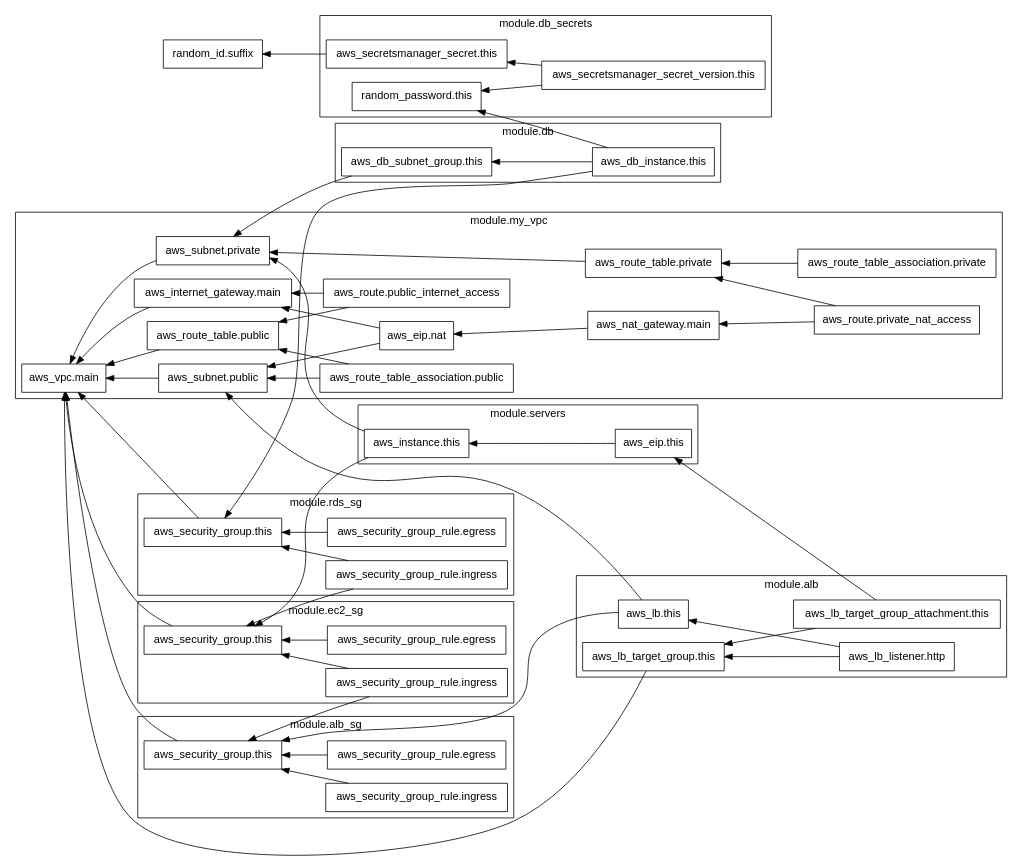
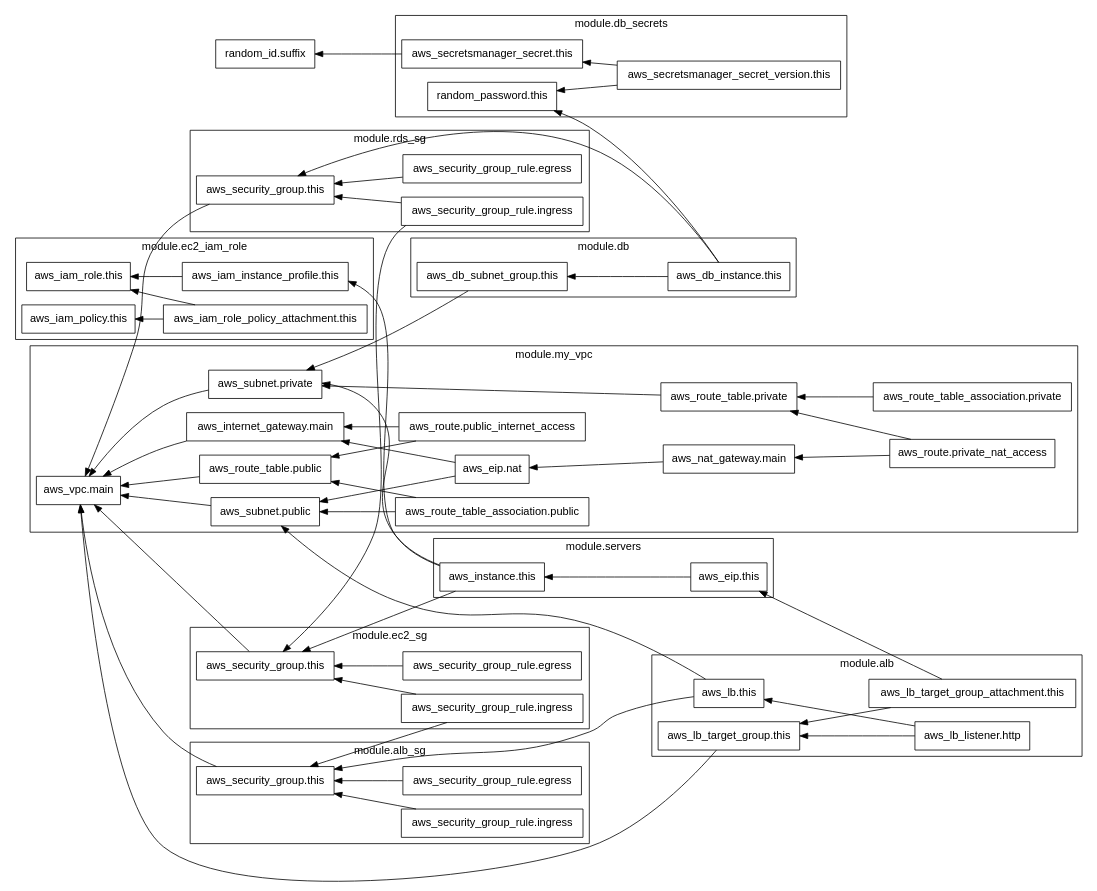
Before and after one commit to ManoharBarma/Terraform: the diagram in app1/graph.dot, drawn with Graphviz. The commit also changed 10 other files, not shown here.

```diff
--- a/app1/graph.dot
+++ b/app1/graph.dot
@@ -1,112 +1,124 @@
 digraph G {
   rankdir = "RL";
   node [shape = rect, fontname = "sans-serif"];
   "random_id.suffix" [label="random_id.suffix"];
   subgraph "cluster_module.alb" {
     label = "module.alb"
     fontname = "sans-serif"
     "module.alb.aws_lb.this" [label="aws_lb.this"];
     "module.alb.aws_lb_listener.http" [label="aws_lb_listener.http"];
     "module.alb.aws_lb_target_group.this" [label="aws_lb_target_group.this"];
     "module.alb.aws_lb_target_group_attachment.this" [label="aws_lb_target_group_attachment.this"];
   }
   subgraph "cluster_module.alb_sg" {
     label = "module.alb_sg"
     fontname = "sans-serif"
     "module.alb_sg.aws_security_group.this" [label="aws_security_group.this"];
     "module.alb_sg.aws_security_group_rule.egress" [label="aws_security_group_rule.egress"];
     "module.alb_sg.aws_security_group_rule.ingress" [label="aws_security_group_rule.ingress"];
   }
   subgraph "cluster_module.db" {
     label = "module.db"
     fontname = "sans-serif"
     "module.db.aws_db_instance.this" [label="aws_db_instance.this"];
     "module.db.aws_db_subnet_group.this" [label="aws_db_subnet_group.this"];
   }
   subgraph "cluster_module.db_secrets" {
     label = "module.db_secrets"
     fontname = "sans-serif"
     "module.db_secrets.aws_secretsmanager_secret.this" [label="aws_secretsmanager_secret.this"];
     "module.db_secrets.aws_secretsmanager_secret_version.this" [label="aws_secretsmanager_secret_version.this"];
     "module.db_secrets.random_password.this" [label="random_password.this"];
+  }
+  subgraph "cluster_module.ec2_iam_role" {
+    label = "module.ec2_iam_role"
+    fontname = "sans-serif"
+    "module.ec2_iam_role.aws_iam_instance_profile.this" [label="aws_iam_instance_profile.this"];
+    "module.ec2_iam_role.aws_iam_policy.this" [label="aws_iam_policy.this"];
+    "module.ec2_iam_role.aws_iam_role.this" [label="aws_iam_role.this"];
+    "module.ec2_iam_role.aws_iam_role_policy_attachment.this" [label="aws_iam_role_policy_attachment.this"];
   }
   subgraph "cluster_module.ec2_sg" {
     label = "module.ec2_sg"
     fontname = "sans-serif"
     "module.ec2_sg.aws_security_group.this" [label="aws_security_group.this"];
     "module.ec2_sg.aws_security_group_rule.egress" [label="aws_security_group_rule.egress"];
     "module.ec2_sg.aws_security_group_rule.ingress" [label="aws_security_group_rule.ingress"];
   }
   subgraph "cluster_module.my_vpc" {
     label = "module.my_vpc"
     fontname = "sans-serif"
     "module.my_vpc.aws_eip.nat" [label="aws_eip.nat"];
     "module.my_vpc.aws_internet_gateway.main" [label="aws_internet_gateway.main"];
     "module.my_vpc.aws_nat_gateway.main" [label="aws_nat_gateway.main"];
     "module.my_vpc.aws_route.private_nat_access" [label="aws_route.private_nat_access"];
     "module.my_vpc.aws_route.public_internet_access" [label="aws_route.public_internet_access"];
     "module.my_vpc.aws_route_table.private" [label="aws_route_table.private"];
     "module.my_vpc.aws_route_table.public" [label="aws_route_table.public"];
     "module.my_vpc.aws_route_table_association.private" [label="aws_route_table_association.private"];
     "module.my_vpc.aws_route_table_association.public" [label="aws_route_table_association.public"];
     "module.my_vpc.aws_subnet.private" [label="aws_subnet.private"];
     "module.my_vpc.aws_subnet.public" [label="aws_subnet.public"];
     "module.my_vpc.aws_vpc.main" [label="aws_vpc.main"];
   }
   subgraph "cluster_module.rds_sg" {
     label = "module.rds_sg"
     fontname = "sans-serif"
     "module.rds_sg.aws_security_group.this" [label="aws_security_group.this"];
     "module.rds_sg.aws_security_group_rule.egress" [label="aws_security_group_rule.egress"];
     "module.rds_sg.aws_security_group_rule.ingress" [label="aws_security_group_rule.ingress"];
   }
   subgraph "cluster_module.servers" {
     label = "module.servers"
     fontname = "sans-serif"
     "module.servers.aws_eip.this" [label="aws_eip.this"];
     "module.servers.aws_instance.this" [label="aws_instance.this"];
   }
   "module.alb.aws_lb.this" -> "module.alb_sg.aws_security_group.this";
   "module.alb.aws_lb.this" -> "module.my_vpc.aws_subnet.public";
   "module.alb.aws_lb_listener.http" -> "module.alb.aws_lb.this";
   "module.alb.aws_lb_listener.http" -> "module.alb.aws_lb_target_group.this";
   "module.alb.aws_lb_target_group.this" -> "module.my_vpc.aws_vpc.main";
   "module.alb.aws_lb_target_group_attachment.this" -> "module.alb.aws_lb_target_group.this";
   "module.alb.aws_lb_target_group_attachment.this" -> "module.servers.aws_eip.this";
   "module.alb_sg.aws_security_group.this" -> "module.my_vpc.aws_vpc.main";
   "module.alb_sg.aws_security_group_rule.egress" -> "module.alb_sg.aws_security_group.this";
   "module.alb_sg.aws_security_group_rule.ingress" -> "module.alb_sg.aws_security_group.this";
   "module.db.aws_db_instance.this" -> "module.db.aws_db_subnet_group.this";
   "module.db.aws_db_instance.this" -> "module.db_secrets.random_password.this";
   "module.db.aws_db_instance.this" -> "module.rds_sg.aws_security_group.this";
   "module.db.aws_db_subnet_group.this" -> "module.my_vpc.aws_subnet.private";
   "module.db_secrets.aws_secretsmanager_secret.this" -> "random_id.suffix";
   "module.db_secrets.aws_secretsmanager_secret_version.this" -> "module.db_secrets.aws_secretsmanager_secret.this";
   "module.db_secrets.aws_secretsmanager_secret_version.this" -> "module.db_secrets.random_password.this";
+  "module.ec2_iam_role.aws_iam_instance_profile.this" -> "module.ec2_iam_role.aws_iam_role.this";
+  "module.ec2_iam_role.aws_iam_role_policy_attachment.this" -> "module.ec2_iam_role.aws_iam_policy.this";
+  "module.ec2_iam_role.aws_iam_role_policy_attachment.this" -> "module.ec2_iam_role.aws_iam_role.this";
   "module.ec2_sg.aws_security_group.this" -> "module.my_vpc.aws_vpc.main";
   "module.ec2_sg.aws_security_group_rule.egress" -> "module.ec2_sg.aws_security_group.this";
   "module.ec2_sg.aws_security_group_rule.ingress" -> "module.alb_sg.aws_security_group.this";
   "module.ec2_sg.aws_security_group_rule.ingress" -> "module.ec2_sg.aws_security_group.this";
   "module.my_vpc.aws_eip.nat" -> "module.my_vpc.aws_internet_gateway.main";
   "module.my_vpc.aws_eip.nat" -> "module.my_vpc.aws_subnet.public";
   "module.my_vpc.aws_internet_gateway.main" -> "module.my_vpc.aws_vpc.main";
   "module.my_vpc.aws_nat_gateway.main" -> "module.my_vpc.aws_eip.nat";
   "module.my_vpc.aws_route.private_nat_access" -> "module.my_vpc.aws_nat_gateway.main";
   "module.my_vpc.aws_route.private_nat_access" -> "module.my_vpc.aws_route_table.private";
   "module.my_vpc.aws_route.public_internet_access" -> "module.my_vpc.aws_internet_gateway.main";
   "module.my_vpc.aws_route.public_internet_access" -> "module.my_vpc.aws_route_table.public";
   "module.my_vpc.aws_route_table.private" -> "module.my_vpc.aws_subnet.private";
   "module.my_vpc.aws_route_table.public" -> "module.my_vpc.aws_vpc.main";
   "module.my_vpc.aws_route_table_association.private" -> "module.my_vpc.aws_route_table.private";
   "module.my_vpc.aws_route_table_association.public" -> "module.my_vpc.aws_route_table.public";
   "module.my_vpc.aws_route_table_association.public" -> "module.my_vpc.aws_subnet.public";
   "module.my_vpc.aws_subnet.private" -> "module.my_vpc.aws_vpc.main";
   "module.my_vpc.aws_subnet.public" -> "module.my_vpc.aws_vpc.main";
   "module.rds_sg.aws_security_group.this" -> "module.my_vpc.aws_vpc.main";
   "module.rds_sg.aws_security_group_rule.egress" -> "module.rds_sg.aws_security_group.this";
   "module.rds_sg.aws_security_group_rule.ingress" -> "module.ec2_sg.aws_security_group.this";
   "module.rds_sg.aws_security_group_rule.ingress" -> "module.rds_sg.aws_security_group.this";
   "module.servers.aws_eip.this" -> "module.servers.aws_instance.this";
+  "module.servers.aws_instance.this" -> "module.ec2_iam_role.aws_iam_instance_profile.this";
   "module.servers.aws_instance.this" -> "module.ec2_sg.aws_security_group.this";
   "module.servers.aws_instance.this" -> "module.my_vpc.aws_subnet.private";
 }
```
